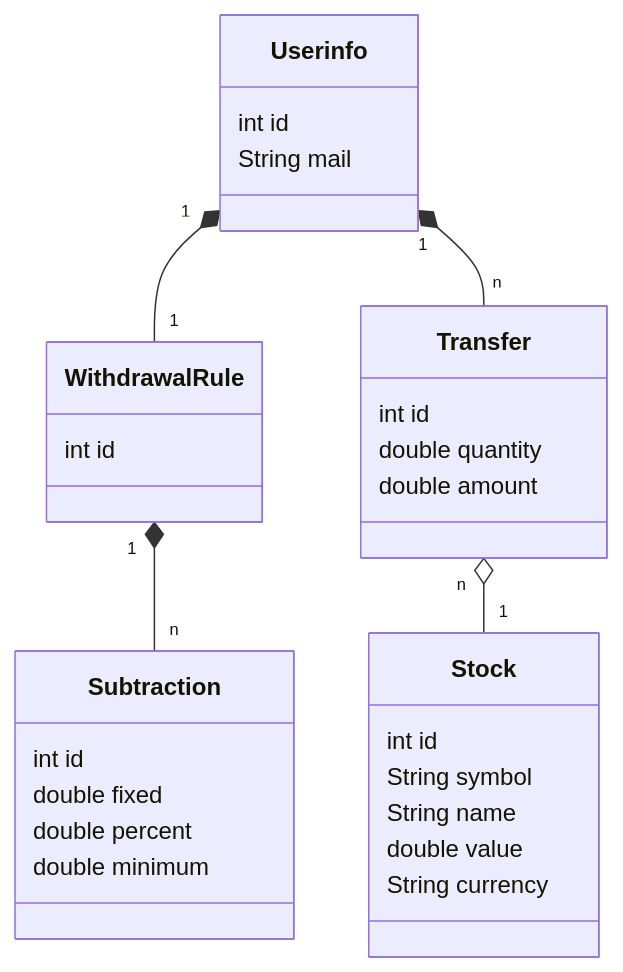
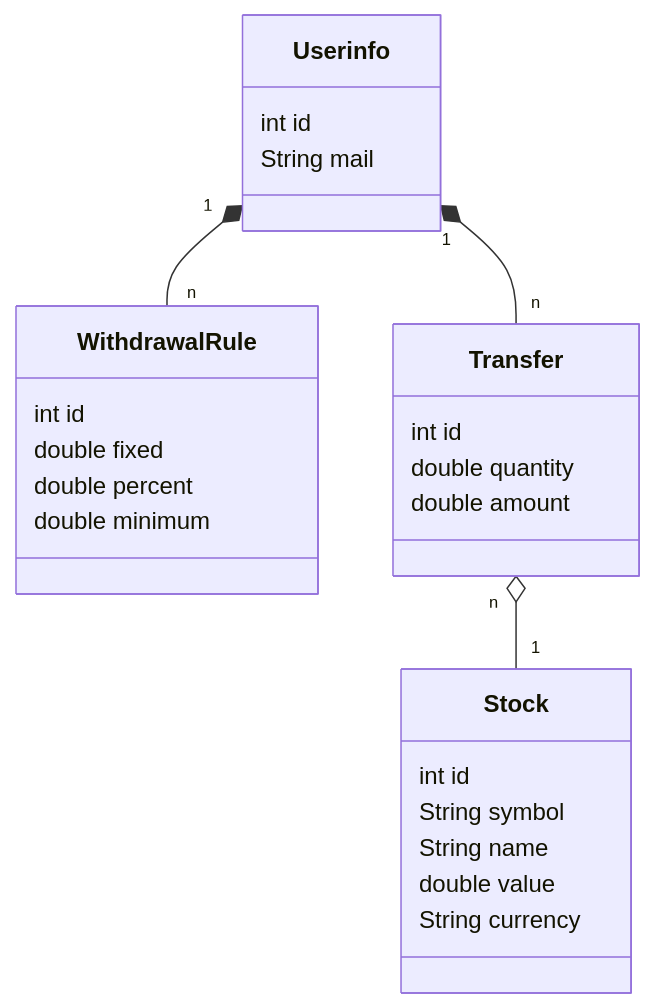
One commit to baudee/invman changed the diagram in README.md. Above: the diagram before and after it, drawn with Mermaid. The commit also changed 46 other files, not shown here.

````diff
--- a/README.md
+++ b/README.md
@@ -5,41 +5,36 @@
 ```mermaid
 classDiagram
 %% Relationships
-Userinfo "1" *-- "1" WithdrawalRule
-WithdrawalRule "1" *-- "n" Subtraction
+Userinfo "1" *-- "n" WithdrawalRule
 Userinfo "1" *-- "n" Transfer
 Transfer "n" o-- "1" Stock
 
 
 %% Classes
 class Userinfo {
     int id
     String mail
 }
 
 class Transfer {
     int id
     double quantity
     double amount
 }
 
 class Stock {
     int id
     String symbol
     String name
     double value
     String currency
 }
 
 class WithdrawalRule {
     int id
-}
-
-class Subtraction {
-    int id
     double fixed
     double percent
     double minimum
 }
 
 ```
````
